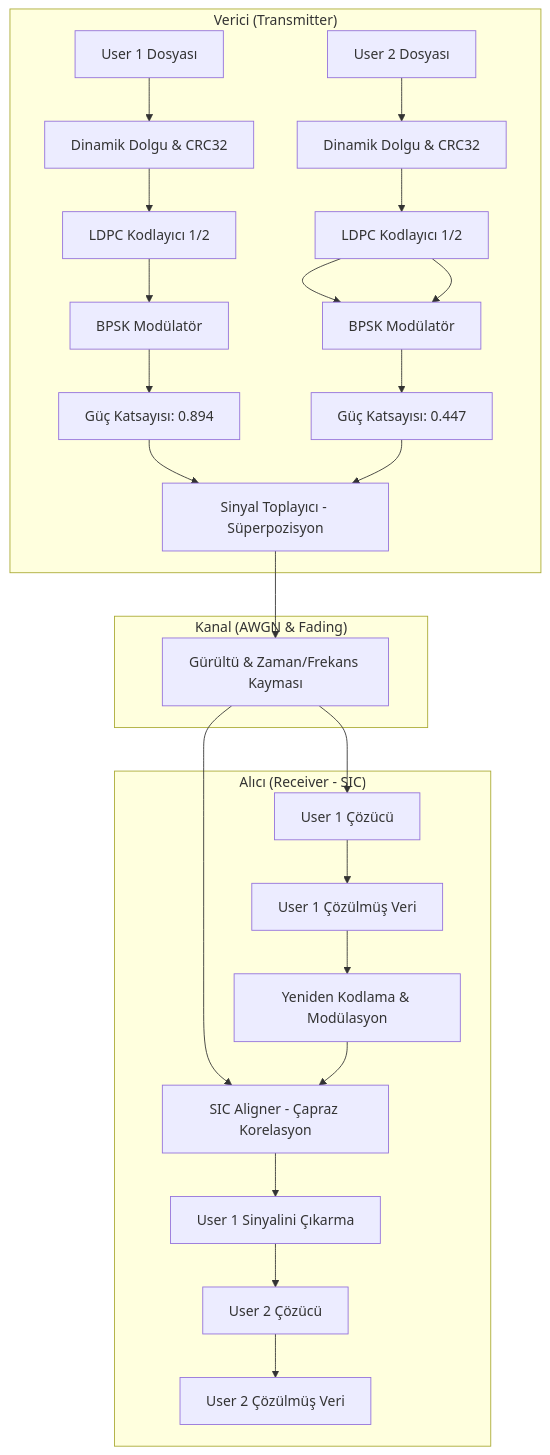
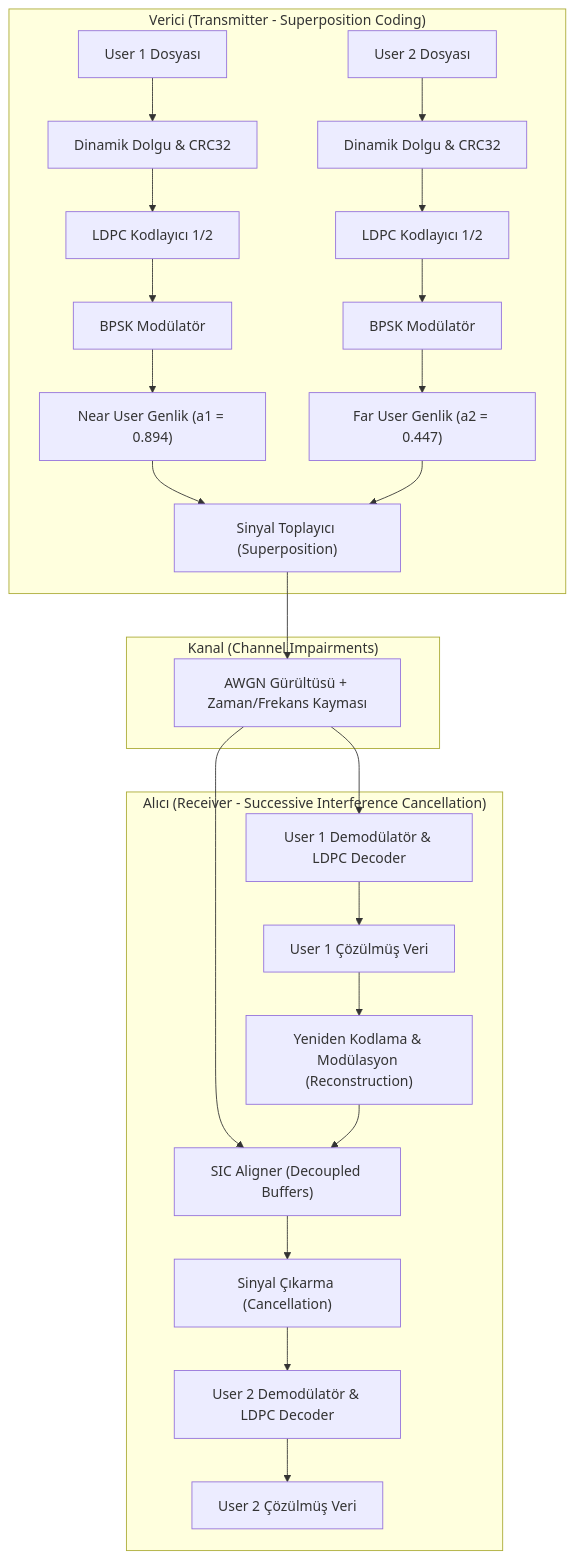
Before and after one commit to Maxixler/BitirmeProjesi: the diagram in README.md, drawn with Mermaid. The commit also changed other lines of this file and 214 other files, not shown here.

````diff
--- a/README.md
+++ b/README.md
@@ -100,29 +27,28 @@
 ```mermaid
 graph TD
-    subgraph "Verici (Transmitter)"
+    subgraph "Verici (Transmitter - Superposition Coding)"
         F1["User 1 Dosyası"] --> P1["Dinamik Dolgu & CRC32"]
         F2["User 2 Dosyası"] --> P2["Dinamik Dolgu & CRC32"]
         P1 --> L1["LDPC Kodlayıcı 1/2"]
         P2 --> L2["LDPC Kodlayıcı 1/2"]
         L1 --> M1["BPSK Modülatör"]
         L2 --> M2["BPSK Modülatör"]
-        M1 --> G1["Güç Katsayısı: 0.894"]
-        L2 --> M2
-        M2 --> G2["Güç Katsayısı: 0.447"]
-        G1 & G2 --> Add["Sinyal Toplayıcı - Süperpozisyon"]
+        M1 --> G1["Near User Genlik (a1 = 0.894)"]
+        M2 --> G2["Far User Genlik (a2 = 0.447)"]
+        G1 & G2 --> Add["Sinyal Toplayıcı (Superposition)"]
     end
 
-    subgraph "Kanal (AWGN & Fading)"
-        Add --> Ch["Gürültü & Zaman/Frekans Kayması"]
+    subgraph "Kanal (Channel Impairments)"
+        Add --> Ch["AWGN Gürültüsü + Zaman/Frekans Kayması"]
     end
 
-    subgraph "Alıcı (Receiver - SIC)"
-        Ch --> S1["User 1 Çözücü"]
+    subgraph "Alıcı (Receiver - Successive Interference Cancellation)"
+        Ch --> S1["User 1 Demodülatör & LDPC Decoder"]
         S1 --> D1["User 1 Çözülmüş Veri"]
-        D1 --> Rec1["Yeniden Kodlama & Modülasyon"]
-        Ch & Rec1 --> SIC["SIC Aligner - Çapraz Korelasyon"]
-        SIC --> Sub["User 1 Sinyalini Çıkarma"]
-        Sub --> S2["User 2 Çözücü"]
+        D1 --> Rec1["Yeniden Kodlama & Modülasyon (Reconstruction)"]
+        Ch & Rec1 --> SIC["SIC Aligner (Decoupled Buffers)"]
+        SIC --> Sub["Sinyal Çıkarma (Cancellation)"]
+        Sub --> S2["User 2 Demodülatör & LDPC Decoder"]
         S2 --> D2["User 2 Çözülmüş Veri"]
     end
 ```
````
